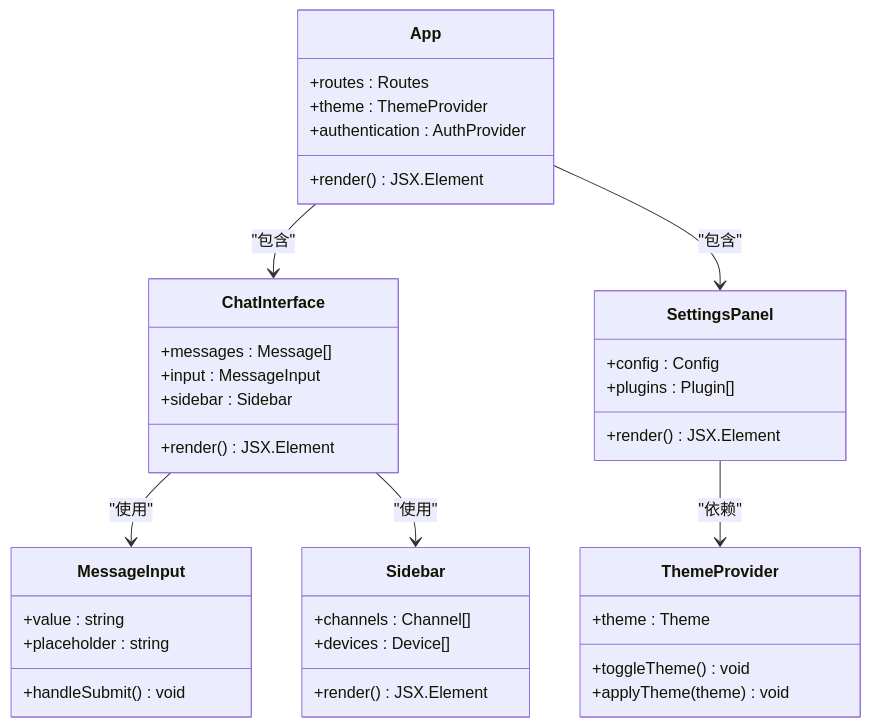
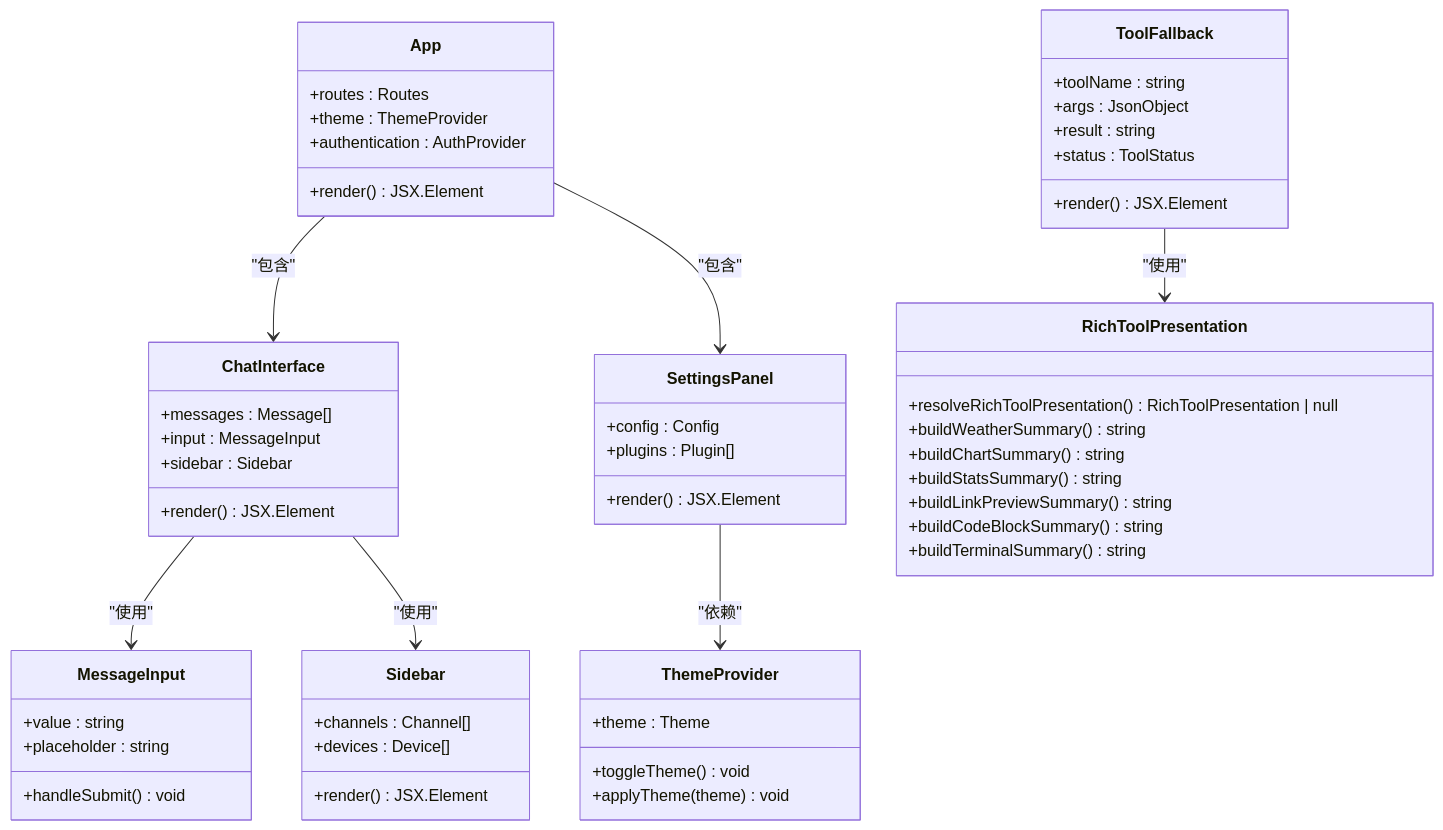
One commit to verse-ai-org/openclaw changed diagram 12 of 13 in .qoder/repowiki/zh/content/Web界面/UI组件系统/工具UI组件/富工具UI基础设施.md. Above: the diagram before and after it, drawn with Mermaid. The commit also changed other lines of this file and 55 other files, not shown here.

````diff
--- a/.qoder/repowiki/zh/content/Web界面/UI组件系统/工具UI组件/富工具UI基础设施.md
+++ b/.qoder/repowiki/zh/content/Web界面/UI组件系统/工具UI组件/富工具UI基础设施.md
@@ -312,40 +614,57 @@
 ```mermaid
 classDiagram
 class App {
 +routes : Routes
 +theme : ThemeProvider
 +authentication : AuthProvider
 +render() JSX.Element
 }
 class ChatInterface {
 +messages : Message[]
 +input : MessageInput
 +sidebar : Sidebar
 +render() JSX.Element
 }
 class SettingsPanel {
 +config : Config
 +plugins : Plugin[]
 +render() JSX.Element
 }
 class MessageInput {
 +value : string
 +placeholder : string
 +handleSubmit() void
 }
 class Sidebar {
 +channels : Channel[]
 +devices : Device[]
 +render() JSX.Element
 }
 class ThemeProvider {
 +theme : Theme
 +toggleTheme() void
 +applyTheme(theme) void
 }
+class ToolFallback {
++toolName : string
++args : JsonObject
++result : string
++status : ToolStatus
++render() JSX.Element
+}
+class RichToolPresentation {
++resolveRichToolPresentation() RichToolPresentation | null
++buildWeatherSummary() string
++buildChartSummary() string
++buildStatsSummary() string
++buildLinkPreviewSummary() string
++buildCodeBlockSummary() string
++buildTerminalSummary() string
+}
 App --> ChatInterface : "包含"
 App --> SettingsPanel : "包含"
 ChatInterface --> MessageInput : "使用"
 ChatInterface --> Sidebar : "使用"
 SettingsPanel --> ThemeProvider : "依赖"
+ToolFallback --> RichToolPresentation : "使用"
 ```
````
